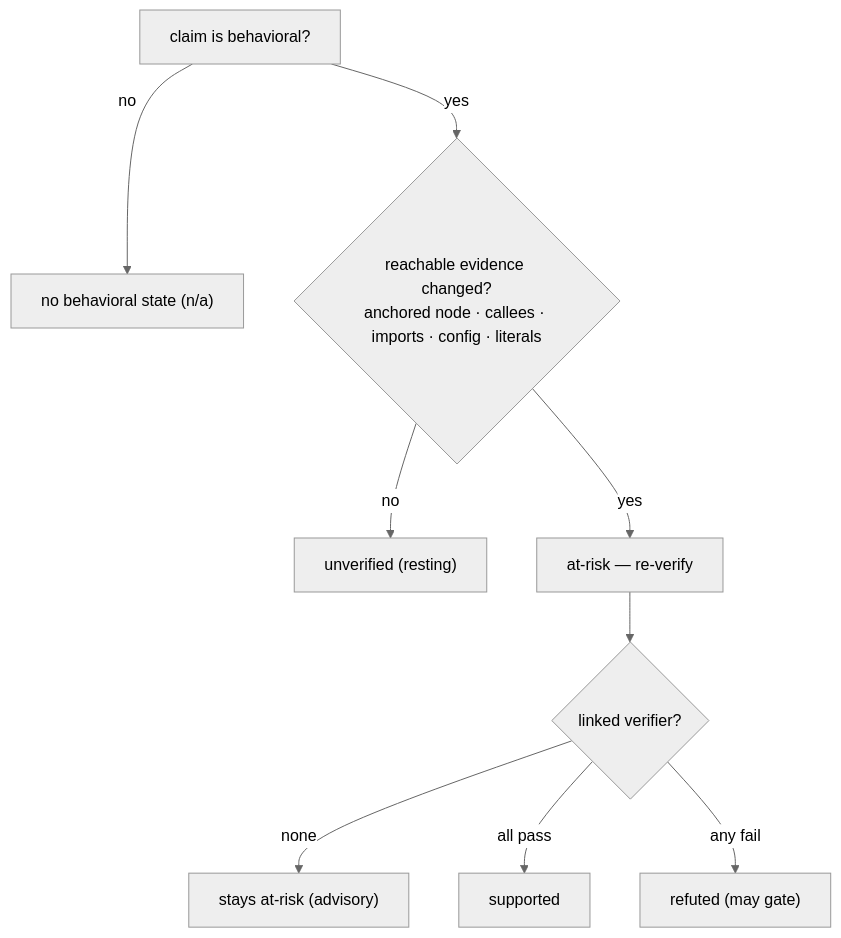
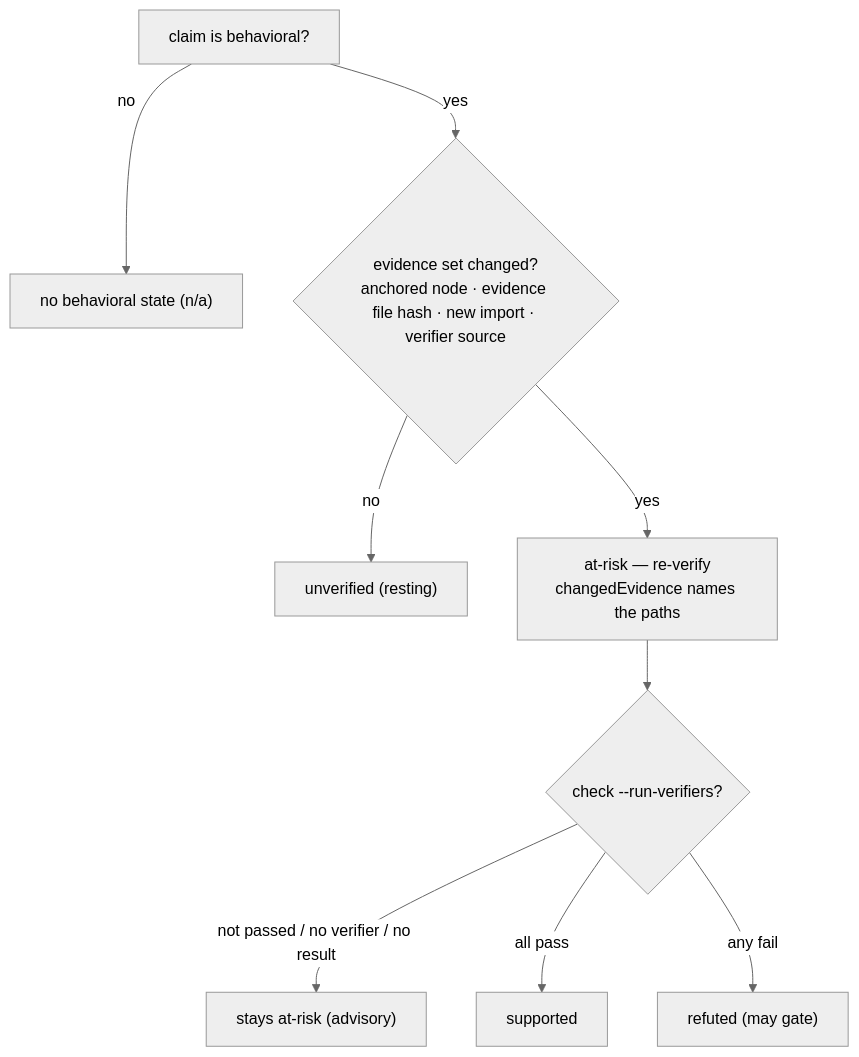
One commit to npupko/hibi changed the diagram in docs/behavioral.mdx. Above: the diagram before and after it, drawn with Mermaid (neutral theme). The commit also changed other lines of this file and 79 other files, not shown here.

````diff
--- a/docs/behavioral.mdx
+++ b/docs/behavioral.mdx
@@ -103,11 +180,11 @@
 ```mermaid
 flowchart TD
   ST["claim is behavioral?"] -->|no| NA["no behavioral state (n/a)"]
-  ST -->|yes| EV{"reachable evidence changed?<br/>anchored node · callees · imports · config · literals"}
+  ST -->|yes| EV{"evidence set changed?<br/>anchored node · evidence file hash · new import · verifier source"}
   EV -->|no| UN["unverified (resting)"]
-  EV -->|yes| AR["at-risk — re-verify"]
-  AR --> VF{"linked verifier?"}
-  VF -->|none| AR2["stays at-risk (advisory)"]
+  EV -->|yes| AR["at-risk — re-verify<br/>changedEvidence names the paths"]
+  AR --> VF{"check --run-verifiers?"}
+  VF -->|not passed / no verifier / no result| AR2["stays at-risk (advisory)"]
   VF -->|all pass| SU["supported"]
   VF -->|any fail| RF["refuted (may gate)"]
 ```
````
